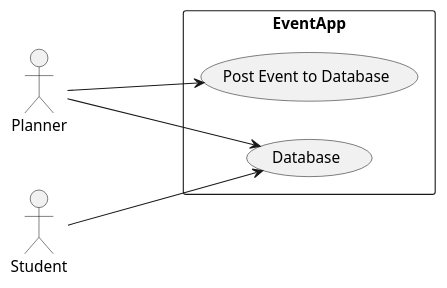
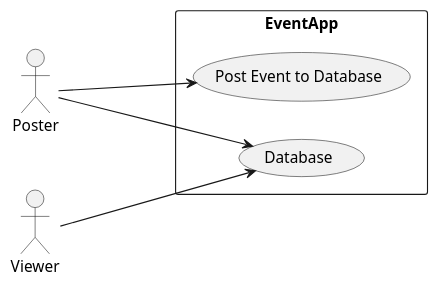
One commit to seamusgould/WhatsUpApp changed the diagram in doc/vision.md. Above: the diagram before and after it, drawn with PlantUML. The commit also changed other lines of this file and 2 other files, not shown here.

Commit message:
Added files list to vision, updated glossary, and reviewed files

````diff
--- a/doc/vision.md
+++ b/doc/vision.md
@@ -25,21 +25,20 @@
 ```plantuml
 
 @startuml
 
 left to right direction
 
 skinparam packageStyle rectangle
 
-actor Planner
-actor Student
+actor Poster
+actor Viewer
 
 rectangle EventApp {
-    Student ---> (Database)
-    Planner ---> (Database)
-    Planner ---> (Post Event to Database)
-'    actor "Accounting system" <<system>> as accountingSystem
+    Viewer ---> (Database)
+    Poster ---> (Database)
+    Poster ---> (Post Event to Database)
 }
 
 @enduml
 
 ```
````
